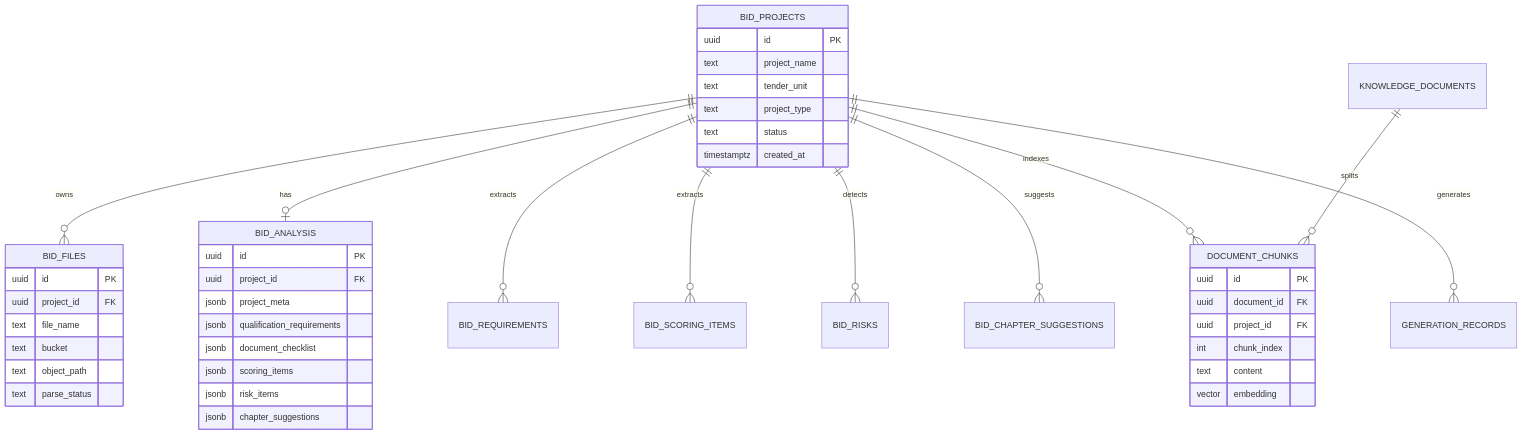
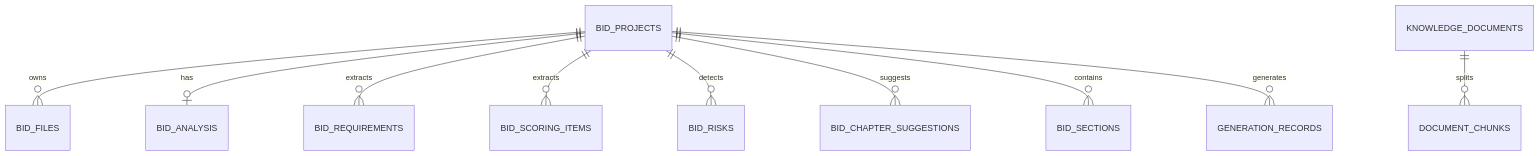
Before and after one commit to sunShineLoveMe/ai_bidding_hubei: the fourth of 4 diagrams in README.md, drawn with Mermaid. The commit also changed other lines of this file and 45 other files, not shown here.

````diff
--- a/README.md
+++ b/README.md
@@ -399,50 +205,12 @@
 ```mermaid
 erDiagram
     BID_PROJECTS ||--o{ BID_FILES : owns
     BID_PROJECTS ||--o| BID_ANALYSIS : has
     BID_PROJECTS ||--o{ BID_REQUIREMENTS : extracts
     BID_PROJECTS ||--o{ BID_SCORING_ITEMS : extracts
     BID_PROJECTS ||--o{ BID_RISKS : detects
     BID_PROJECTS ||--o{ BID_CHAPTER_SUGGESTIONS : suggests
-    BID_PROJECTS ||--o{ DOCUMENT_CHUNKS : indexes
+    BID_PROJECTS ||--o{ BID_SECTIONS : contains
     BID_PROJECTS ||--o{ GENERATION_RECORDS : generates
     KNOWLEDGE_DOCUMENTS ||--o{ DOCUMENT_CHUNKS : splits
-
-    BID_PROJECTS {
-        uuid id PK
-        text project_name
-        text tender_unit
-        text project_type
-        text status
-        timestamptz created_at
-    }
-
-    BID_FILES {
-        uuid id PK
-        uuid project_id FK
-        text file_name
-        text bucket
-        text object_path
-        text parse_status
-    }
-
-    BID_ANALYSIS {
-        uuid id PK
-        uuid project_id FK
-        jsonb project_meta
-        jsonb qualification_requirements
-        jsonb document_checklist
-        jsonb scoring_items
-        jsonb risk_items
-        jsonb chapter_suggestions
-    }
-
-    DOCUMENT_CHUNKS {
-        uuid id PK
-        uuid document_id FK
-        uuid project_id FK
-        int chunk_index
-        text content
-        vector embedding
-    }
 ```
````
